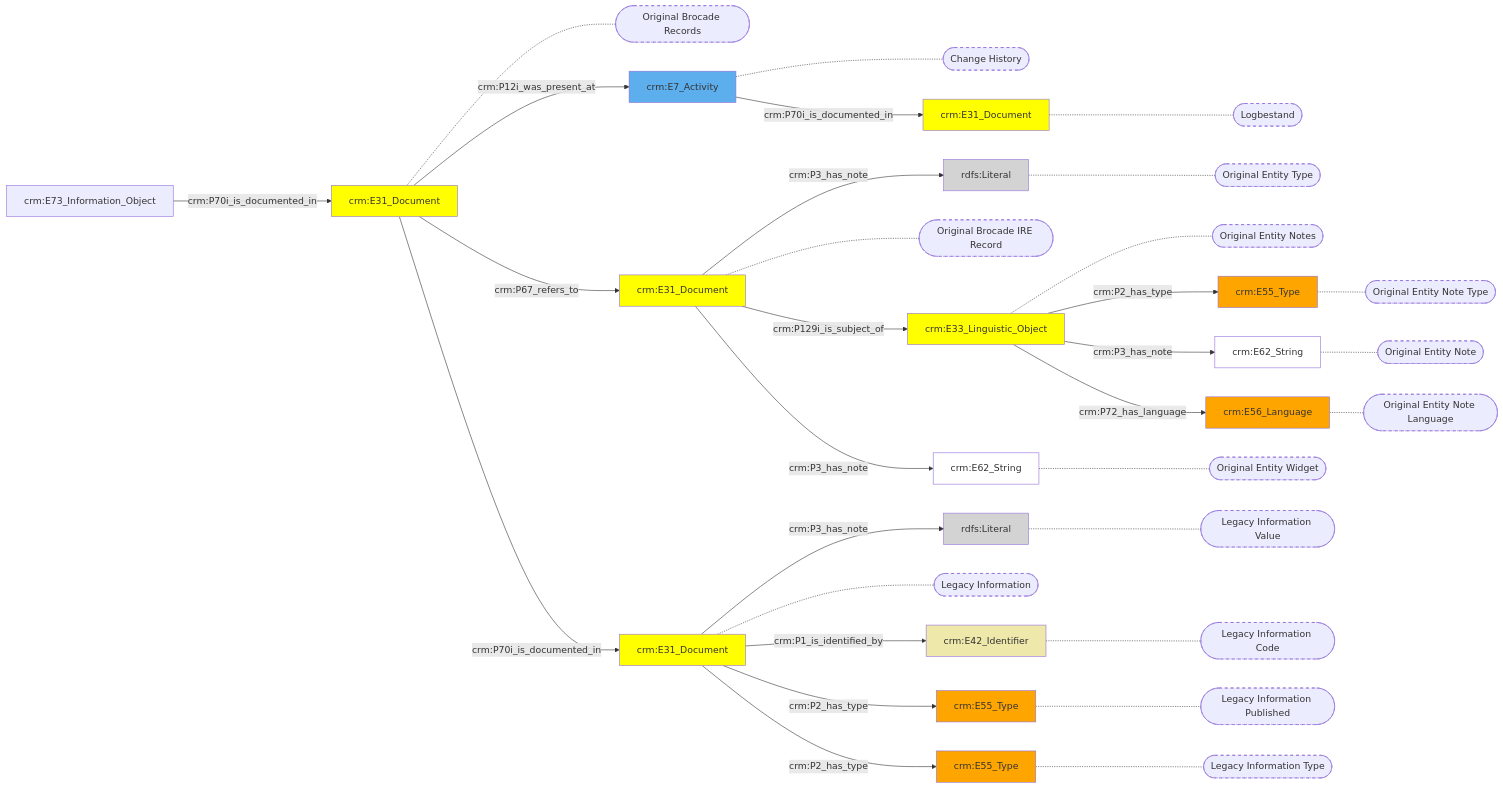
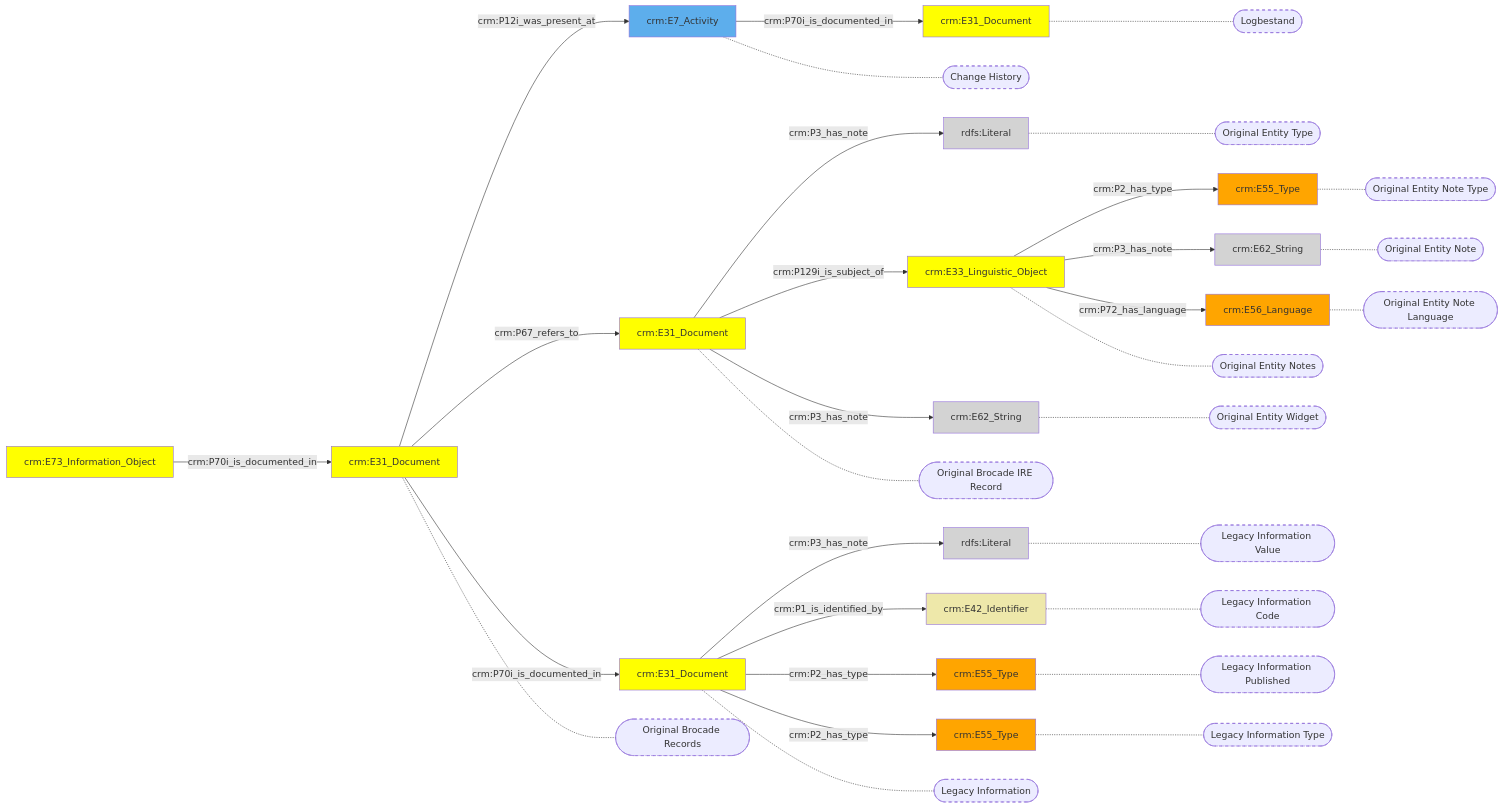
The diagram in docs/content/modellen/ArchiefItemImmaterieel/LegacyInformatie.md (digipolisantwerpdocumentation/antwerp-cultureel-erfgoed), drawn with Mermaid before and after one commit. The commit also changed 32 other files, not shown here.

````diff
--- a/docs/content/modellen/ArchiefItemImmaterieel/LegacyInformatie.md
+++ b/docs/content/modellen/ArchiefItemImmaterieel/LegacyInformatie.md
@@ -1,63 +1,64 @@
 ```mermaid
 graph LR
 2f629f50-a5fe-11ec-b19f-9cf387da2c40["crm:E31_Document"]-->|"crm:P3_has_note"|2f637f92-a5fe-11ec-b19f-9cf387da2c40(rdfs:Literal)
 2f631e76-a5fe-11ec-b19f-9cf387da2c40["crm:E31_Document"]-->|"crm:P3_has_note"|299f1d20-7c6f-11ed-b806-960000f945b2(rdfs:Literal)
+07bab76c-b4d6-11ec-9349-9cf387da2c40["crm:E7_Activity"]-->|"crm:P70i_is_documented_in"|07babb0e-b4d6-11ec-9349-9cf387da2c40["crm:E31_Document"]
+2f629f50-a5fe-11ec-b19f-9cf387da2c40["crm:E31_Document"]-->|"crm:P1_is_identified_by"|2f63aed6-a5fe-11ec-b19f-9cf387da2c40["crm:E42_Identifier"]
+2f629f50-a5fe-11ec-b19f-9cf387da2c40["crm:E31_Document"]-->|"crm:P2_has_type"|2f637ef2-a5fe-11ec-b19f-9cf387da2c40["crm:E55_Type"]
+2f629f50-a5fe-11ec-b19f-9cf387da2c40["crm:E31_Document"]-->|"crm:P2_has_type"|2f638028-a5fe-11ec-b19f-9cf387da2c40["crm:E55_Type"]
+2f63173c-a5fe-11ec-b19f-9cf387da2c40["crm:E31_Document"]-->|"crm:P12i_was_present_at"|07bab76c-b4d6-11ec-9349-9cf387da2c40["crm:E7_Activity"]
+2f63173c-a5fe-11ec-b19f-9cf387da2c40["crm:E31_Document"]-->|"crm:P67_refers_to"|2f631e76-a5fe-11ec-b19f-9cf387da2c40["crm:E31_Document"]
+2f63173c-a5fe-11ec-b19f-9cf387da2c40["crm:E31_Document"]-->|"crm:P70i_is_documented_in"|2f629f50-a5fe-11ec-b19f-9cf387da2c40["crm:E31_Document"]
+2f631e76-a5fe-11ec-b19f-9cf387da2c40["crm:E31_Document"]-->|"crm:P129i_is_subject_of"|2f63a30a-a5fe-11ec-b19f-9cf387da2c40["crm:E33_Linguistic_Object"]
+2f631e76-a5fe-11ec-b19f-9cf387da2c40["crm:E31_Document"]-->|"crm:P3_has_note"|2f639d60-a5fe-11ec-b19f-9cf387da2c40["crm:E62_String"]
+2f63a30a-a5fe-11ec-b19f-9cf387da2c40["crm:E33_Linguistic_Object"]-->|"crm:P2_has_type"|2f63a44a-a5fe-11ec-b19f-9cf387da2c40["crm:E55_Type"]
+2f63a30a-a5fe-11ec-b19f-9cf387da2c40["crm:E33_Linguistic_Object"]-->|"crm:P3_has_note"|2f63a3aa-a5fe-11ec-b19f-9cf387da2c40["crm:E62_String"]
+2f63a30a-a5fe-11ec-b19f-9cf387da2c40["crm:E33_Linguistic_Object"]-->|"crm:P72_has_language"|2f63a4ea-a5fe-11ec-b19f-9cf387da2c40["crm:E56_Language"]
+2f63ae40-a5fe-11ec-b19f-9cf387da2c40["crm:E73_Information_Object"]-->|"crm:P70i_is_documented_in"|2f63173c-a5fe-11ec-b19f-9cf387da2c40["crm:E31_Document"]
 07babb0e-b4d6-11ec-9349-9cf387da2c40["crm:E31_Document"]-.-07babb0e-b4d6-11ec-9349-9cf387da2c40_s(["Logbestand"])
 2f63aed6-a5fe-11ec-b19f-9cf387da2c40["crm:E42_Identifier"]-.-2f63aed6-a5fe-11ec-b19f-9cf387da2c40_s(["Legacy Information Code"])
 2f637ef2-a5fe-11ec-b19f-9cf387da2c40["crm:E55_Type"]-.-2f637ef2-a5fe-11ec-b19f-9cf387da2c40_s(["Legacy Information Published"])
 2f638028-a5fe-11ec-b19f-9cf387da2c40["crm:E55_Type"]-.-2f638028-a5fe-11ec-b19f-9cf387da2c40_s(["Legacy Information Type"])
 2f637f92-a5fe-11ec-b19f-9cf387da2c40["rdfs:Literal"]-.-2f637f92-a5fe-11ec-b19f-9cf387da2c40_s(["Legacy Information Value"])
 07bab76c-b4d6-11ec-9349-9cf387da2c40["crm:E7_Activity"]-.-07bab76c-b4d6-11ec-9349-9cf387da2c40_s(["Change History"])
 2f631e76-a5fe-11ec-b19f-9cf387da2c40["crm:E31_Document"]-.-2f631e76-a5fe-11ec-b19f-9cf387da2c40_s(["Original Brocade IRE Record"])
 2f629f50-a5fe-11ec-b19f-9cf387da2c40["crm:E31_Document"]-.-2f629f50-a5fe-11ec-b19f-9cf387da2c40_s(["Legacy Information"])
 2f63a30a-a5fe-11ec-b19f-9cf387da2c40["crm:E33_Linguistic_Object"]-.-2f63a30a-a5fe-11ec-b19f-9cf387da2c40_s(["Original Entity Notes"])
 299f1d20-7c6f-11ed-b806-960000f945b2["rdfs:Literal"]-.-299f1d20-7c6f-11ed-b806-960000f945b2_s(["Original Entity Type"])
 2f639d60-a5fe-11ec-b19f-9cf387da2c40["crm:E62_String"]-.-2f639d60-a5fe-11ec-b19f-9cf387da2c40_s(["Original Entity Widget"])
 2f63a44a-a5fe-11ec-b19f-9cf387da2c40["crm:E55_Type"]-.-2f63a44a-a5fe-11ec-b19f-9cf387da2c40_s(["Original Entity Note Type"])
 2f63a3aa-a5fe-11ec-b19f-9cf387da2c40["crm:E62_String"]-.-2f63a3aa-a5fe-11ec-b19f-9cf387da2c40_s(["Original Entity Note"])
 2f63a4ea-a5fe-11ec-b19f-9cf387da2c40["crm:E56_Language"]-.-2f63a4ea-a5fe-11ec-b19f-9cf387da2c40_s(["Original Entity Note Language"])
 2f63173c-a5fe-11ec-b19f-9cf387da2c40["crm:E31_Document"]-.-2f63173c-a5fe-11ec-b19f-9cf387da2c40_s(["Original Brocade Records"])
-07bab76c-b4d6-11ec-9349-9cf387da2c40["crm:E7_Activity"]-->|"crm:P70i_is_documented_in"|07babb0e-b4d6-11ec-9349-9cf387da2c40["crm:E31_Document"]
-2f629f50-a5fe-11ec-b19f-9cf387da2c40["crm:E31_Document"]-->|"crm:P1_is_identified_by"|2f63aed6-a5fe-11ec-b19f-9cf387da2c40["crm:E42_Identifier"]
-2f629f50-a5fe-11ec-b19f-9cf387da2c40["crm:E31_Document"]-->|"crm:P2_has_type"|2f637ef2-a5fe-11ec-b19f-9cf387da2c40["crm:E55_Type"]
-2f629f50-a5fe-11ec-b19f-9cf387da2c40["crm:E31_Document"]-->|"crm:P2_has_type"|2f638028-a5fe-11ec-b19f-9cf387da2c40["crm:E55_Type"]
-2f63173c-a5fe-11ec-b19f-9cf387da2c40["crm:E31_Document"]-->|"crm:P12i_was_present_at"|07bab76c-b4d6-11ec-9349-9cf387da2c40["crm:E7_Activity"]
-2f63173c-a5fe-11ec-b19f-9cf387da2c40["crm:E31_Document"]-->|"crm:P67_refers_to"|2f631e76-a5fe-11ec-b19f-9cf387da2c40["crm:E31_Document"]
-2f63173c-a5fe-11ec-b19f-9cf387da2c40["crm:E31_Document"]-->|"crm:P70i_is_documented_in"|2f629f50-a5fe-11ec-b19f-9cf387da2c40["crm:E31_Document"]
-2f631e76-a5fe-11ec-b19f-9cf387da2c40["crm:E31_Document"]-->|"crm:P129i_is_subject_of"|2f63a30a-a5fe-11ec-b19f-9cf387da2c40["crm:E33_Linguistic_Object"]
-2f631e76-a5fe-11ec-b19f-9cf387da2c40["crm:E31_Document"]-->|"crm:P3_has_note"|2f639d60-a5fe-11ec-b19f-9cf387da2c40["crm:E62_String"]
-2f63a30a-a5fe-11ec-b19f-9cf387da2c40["crm:E33_Linguistic_Object"]-->|"crm:P2_has_type"|2f63a44a-a5fe-11ec-b19f-9cf387da2c40["crm:E55_Type"]
-2f63a30a-a5fe-11ec-b19f-9cf387da2c40["crm:E33_Linguistic_Object"]-->|"crm:P3_has_note"|2f63a3aa-a5fe-11ec-b19f-9cf387da2c40["crm:E62_String"]
-2f63a30a-a5fe-11ec-b19f-9cf387da2c40["crm:E33_Linguistic_Object"]-->|"crm:P72_has_language"|2f63a4ea-a5fe-11ec-b19f-9cf387da2c40["crm:E56_Language"]
-2f63ae40-a5fe-11ec-b19f-9cf387da2c40["crm:E73_Information_Object"]-->|"crm:P70i_is_documented_in"|2f63173c-a5fe-11ec-b19f-9cf387da2c40["crm:E31_Document"]
-style 07bab76c-b4d6-11ec-9349-9cf387da2c40 fill:#5DAEEC
-style 07babb0e-b4d6-11ec-9349-9cf387da2c40 fill:#ffff00
-style 299f1d20-7c6f-11ed-b806-960000f945b2 fill:#D3D3D3
-style 2f629f50-a5fe-11ec-b19f-9cf387da2c40 fill:#ffff00
-style 2f63173c-a5fe-11ec-b19f-9cf387da2c40 fill:#ffff00
-style 2f631e76-a5fe-11ec-b19f-9cf387da2c40 fill:#ffff00
-style 2f637ef2-a5fe-11ec-b19f-9cf387da2c40 fill:#ffa500
-style 2f637f92-a5fe-11ec-b19f-9cf387da2c40 fill:#D3D3D3
-style 2f638028-a5fe-11ec-b19f-9cf387da2c40 fill:#ffa500
-style 2f639d60-a5fe-11ec-b19f-9cf387da2c40 fill:#ffffff
-style 2f63a30a-a5fe-11ec-b19f-9cf387da2c40 fill:#ffff00
-style 2f63a3aa-a5fe-11ec-b19f-9cf387da2c40 fill:#ffffff
-style 2f63a44a-a5fe-11ec-b19f-9cf387da2c40 fill:#ffa500
-style 2f63a4ea-a5fe-11ec-b19f-9cf387da2c40 fill:#ffa500
-style 2f63aed6-a5fe-11ec-b19f-9cf387da2c40 fill:#EEE8AA
 style 07babb0e-b4d6-11ec-9349-9cf387da2c40_s stroke-dasharray: 5
 style 2f63aed6-a5fe-11ec-b19f-9cf387da2c40_s stroke-dasharray: 5
 style 2f637ef2-a5fe-11ec-b19f-9cf387da2c40_s stroke-dasharray: 5
 style 2f638028-a5fe-11ec-b19f-9cf387da2c40_s stroke-dasharray: 5
 style 2f637f92-a5fe-11ec-b19f-9cf387da2c40_s stroke-dasharray: 5
 style 07bab76c-b4d6-11ec-9349-9cf387da2c40_s stroke-dasharray: 5
 style 2f631e76-a5fe-11ec-b19f-9cf387da2c40_s stroke-dasharray: 5
 style 2f629f50-a5fe-11ec-b19f-9cf387da2c40_s stroke-dasharray: 5
 style 2f63a30a-a5fe-11ec-b19f-9cf387da2c40_s stroke-dasharray: 5
 style 299f1d20-7c6f-11ed-b806-960000f945b2_s stroke-dasharray: 5
 style 2f639d60-a5fe-11ec-b19f-9cf387da2c40_s stroke-dasharray: 5
 style 2f63a44a-a5fe-11ec-b19f-9cf387da2c40_s stroke-dasharray: 5
 style 2f63a3aa-a5fe-11ec-b19f-9cf387da2c40_s stroke-dasharray: 5
 style 2f63a4ea-a5fe-11ec-b19f-9cf387da2c40_s stroke-dasharray: 5
 style 2f63173c-a5fe-11ec-b19f-9cf387da2c40_s stroke-dasharray: 5
+style 07bab76c-b4d6-11ec-9349-9cf387da2c40 fill:#5DAEEC
+style 07babb0e-b4d6-11ec-9349-9cf387da2c40 fill:#ffff00
+style 299f1d20-7c6f-11ed-b806-960000f945b2 fill:#D3D3D3
+style 2f629f50-a5fe-11ec-b19f-9cf387da2c40 fill:#ffff00
+style 2f63173c-a5fe-11ec-b19f-9cf387da2c40 fill:#ffff00
+style 2f631e76-a5fe-11ec-b19f-9cf387da2c40 fill:#ffff00
+style 2f637ef2-a5fe-11ec-b19f-9cf387da2c40 fill:#ffa500
+style 2f637f92-a5fe-11ec-b19f-9cf387da2c40 fill:#D3D3D3
+style 2f638028-a5fe-11ec-b19f-9cf387da2c40 fill:#ffa500
+style 2f639d60-a5fe-11ec-b19f-9cf387da2c40 fill:#D3D3D3
+style 2f63a30a-a5fe-11ec-b19f-9cf387da2c40 fill:#ffff00
+style 2f63a3aa-a5fe-11ec-b19f-9cf387da2c40 fill:#D3D3D3
+style 2f63a44a-a5fe-11ec-b19f-9cf387da2c40 fill:#ffa500
+style 2f63a4ea-a5fe-11ec-b19f-9cf387da2c40 fill:#ffa500
+style 2f63ae40-a5fe-11ec-b19f-9cf387da2c40 fill:#ffff00
+style 2f63aed6-a5fe-11ec-b19f-9cf387da2c40 fill:#EEE8AA
 ```
````
